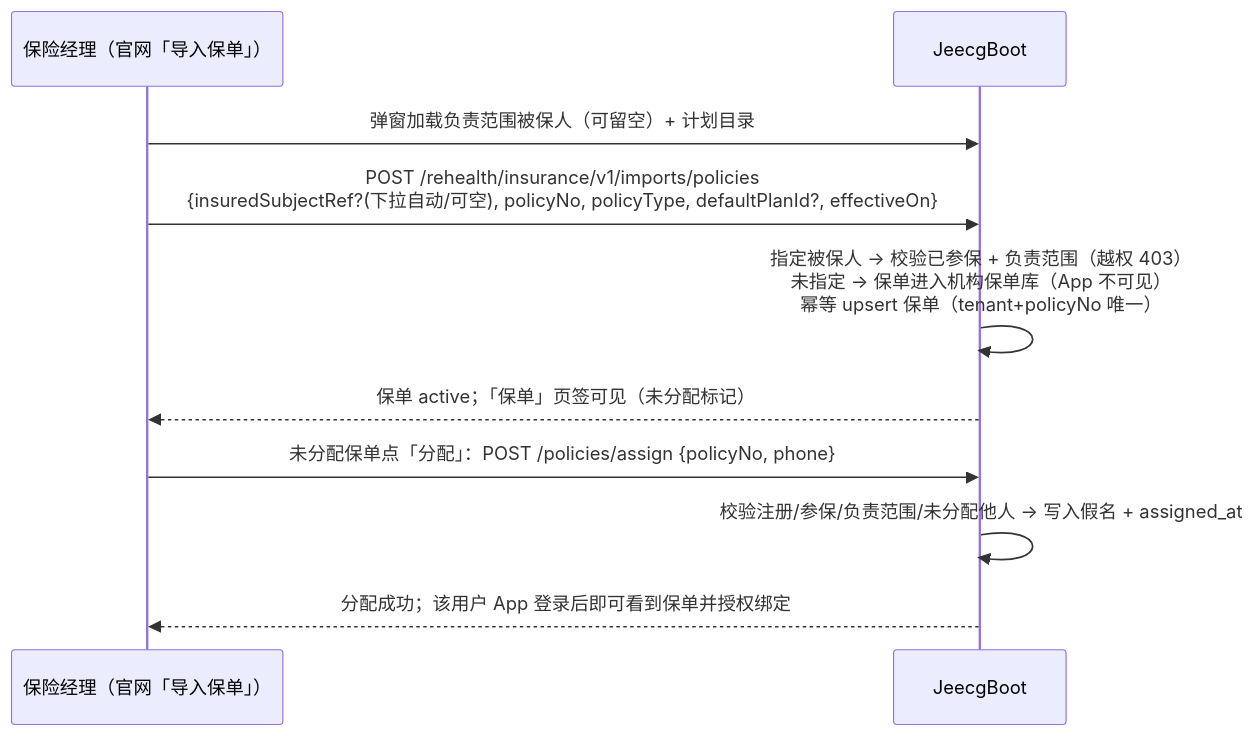
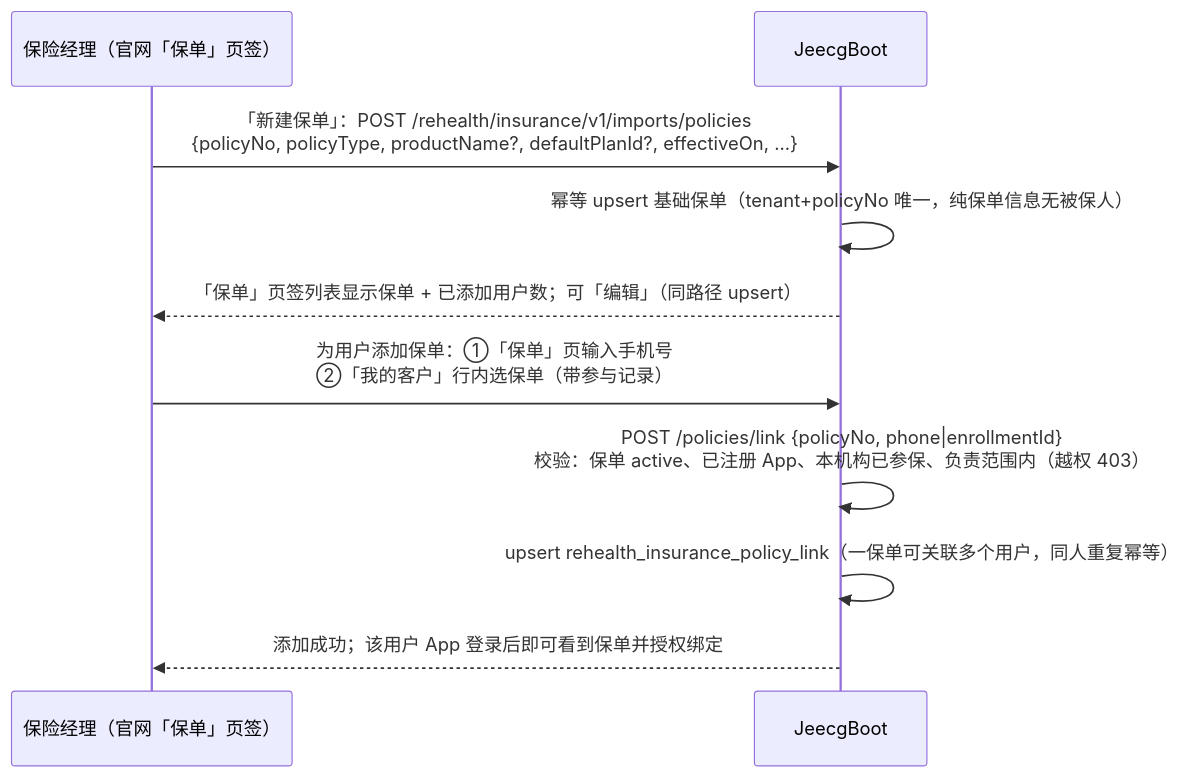
Before and after one commit to wjmlong/rehealth_tongbu: the sixth of 8 diagrams in docs/保险侧计划与保单设计及全流程闭环.md, drawn with Mermaid. The commit also changed other lines of this file and 19 other files, not shown here.

````diff
--- a/docs/保险侧计划与保单设计及全流程闭环.md
+++ b/docs/保险侧计划与保单设计及全流程闭环.md
@@ -113,12 +113,12 @@
 ```mermaid
 sequenceDiagram
-    participant M as 保险经理（官网「导入保单」）
+    participant M as 保险经理（官网「保单」页签）
     participant JEE as JeecgBoot
-    M->>JEE: 弹窗加载负责范围被保人（可留空）+ 计划目录
-    M->>JEE: POST /rehealth/insurance/v1/imports/policies<br>{insuredSubjectRef?(下拉自动/可空), policyNo, policyType, defaultPlanId?, effectiveOn}
-    JEE->>JEE: 指定被保人 → 校验已参保 + 负责范围（越权 403）<br>未指定 → 保单进入机构保单库（App 不可见）<br>幂等 upsert 保单（tenant+policyNo 唯一）
-    JEE-->>M: 保单 active；「保单」页签可见（未分配标记）
-    M->>JEE: 未分配保单点「分配」：POST /policies/assign {policyNo, phone}
-    JEE->>JEE: 校验注册/参保/负责范围/未分配他人 → 写入假名 + assigned_at
-    JEE-->>M: 分配成功；该用户 App 登录后即可看到保单并授权绑定
+    M->>JEE: 「新建保单」：POST /rehealth/insurance/v1/imports/policies<br>{policyNo, policyType, productName?, defaultPlanId?, effectiveOn, ...}
+    JEE->>JEE: 幂等 upsert 基础保单（tenant+policyNo 唯一，纯保单信息无被保人）
+    JEE-->>M: 「保单」页签列表显示保单 + 已添加用户数；可「编辑」（同路径 upsert）
+    M->>JEE: 为用户添加保单：①「保单」页输入手机号<br>②「我的客户」行内选保单（带参与记录）
+    JEE->>JEE: POST /policies/link {policyNo, phone|enrollmentId}<br>校验：保单 active、已注册 App、本机构已参保、负责范围内（越权 403）
+    JEE->>JEE: upsert rehealth_insurance_policy_link（一保单可关联多个用户，同人重复幂等）
+    JEE-->>M: 添加成功；该用户 App 登录后即可看到保单并授权绑定
 ```
````
